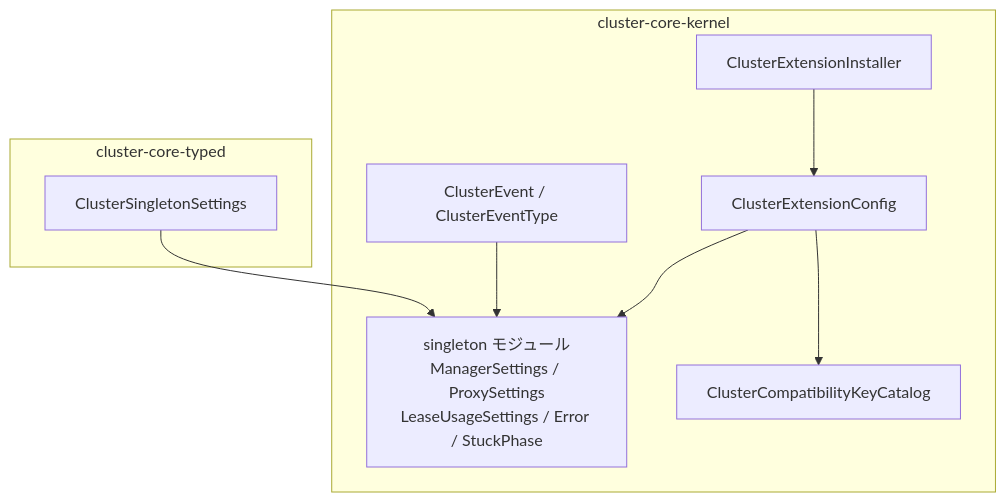
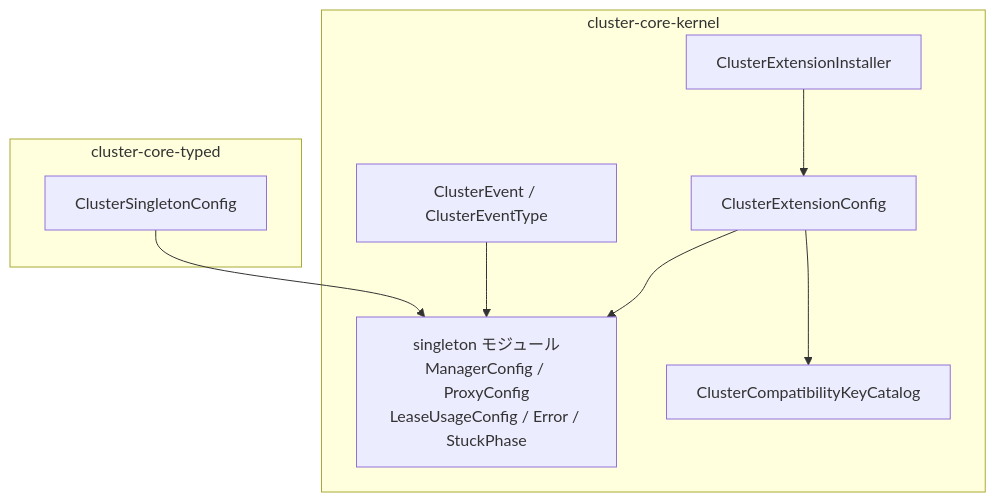
Before and after one commit to j5ik2o/fraktor-rs: the first of 2 diagrams in .kiro/specs/cluster-singleton-settings-contract/design.md, drawn with Mermaid. The commit also changed other lines of this file and 18 other files, not shown here.

Commit message:
refactor(cluster-singleton-settings-contract): rename singleton *Settings types to *Config

````diff
--- a/.kiro/specs/cluster-singleton-settings-contract/design.md
+++ b/.kiro/specs/cluster-singleton-settings-contract/design.md
@@ -74,18 +74,18 @@
 ```mermaid
 graph TB
   subgraph kernel["cluster-core-kernel"]
-    Singleton[singleton モジュール<br/>ManagerSettings / ProxySettings<br/>LeaseUsageSettings / Error / StuckPhase]
+    Singleton[singleton モジュール<br/>ManagerConfig / ProxyConfig<br/>LeaseUsageConfig / Error / StuckPhase]
     ExtConfig[ClusterExtensionConfig]
     Installer[ClusterExtensionInstaller]
     Catalog[ClusterCompatibilityKeyCatalog]
     Event[ClusterEvent / ClusterEventType]
   end
   subgraph typed["cluster-core-typed"]
-    TypedSettings[ClusterSingletonSettings]
+    TypedConfig[ClusterSingletonConfig]
   end
   ExtConfig --> Singleton
   Installer --> ExtConfig
   ExtConfig --> Catalog
   Event --> Singleton
-  TypedSettings --> Singleton
+  TypedConfig --> Singleton
 ```
````
